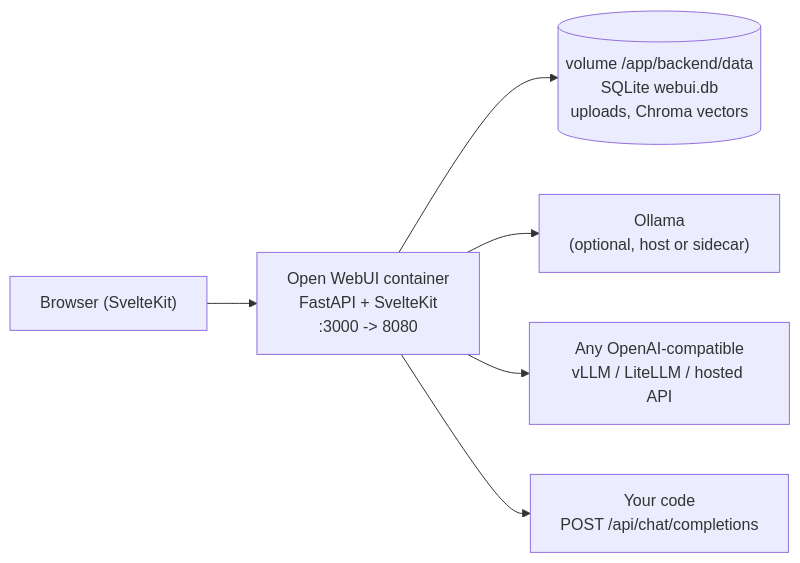
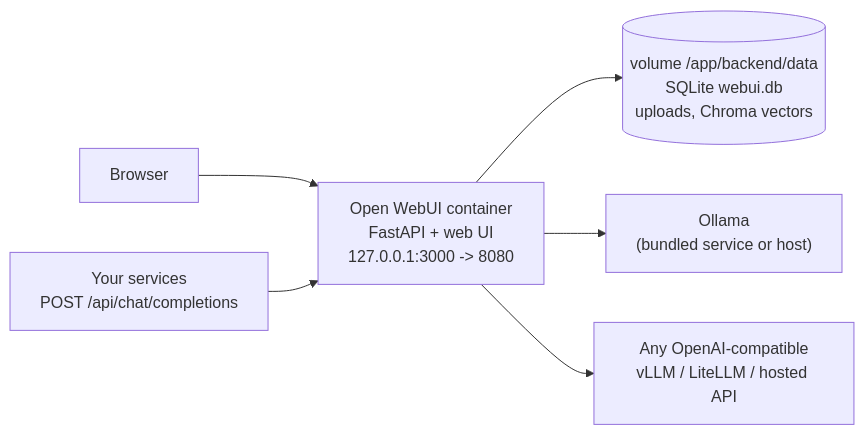
One commit to javaAndScriptDeveloper/codeWithKyryl changed the diagram in _articles/self-hosting-open-webui.md. Above: the diagram before and after it, drawn with Mermaid. The commit also changed other lines of this file and 41 other files, not shown here.

````diff
--- a/_articles/self-hosting-open-webui.md
+++ b/_articles/self-hosting-open-webui.md
@@ -68,8 +74,8 @@
 ```mermaid
 flowchart LR
-    U["Browser (SvelteKit)"] --> A["Open WebUI container<br/>FastAPI + SvelteKit<br/>:3000 -> 8080"]
+    U["Browser"] --> A["Open WebUI container<br/>FastAPI + web UI<br/>127.0.0.1:3000 -> 8080"]
     A --> V[("volume /app/backend/data<br/>SQLite webui.db<br/>uploads, Chroma vectors")]
-    A --> O["Ollama<br/>(optional, host or sidecar)"]
+    A --> O["Ollama<br/>(bundled service or host)"]
     A --> X["Any OpenAI-compatible<br/>vLLM / LiteLLM / hosted API"]
-    A --> K["Your code<br/>POST /api/chat/completions"]
+    K["Your services<br/>POST /api/chat/completions"] --> A
 ```
````
